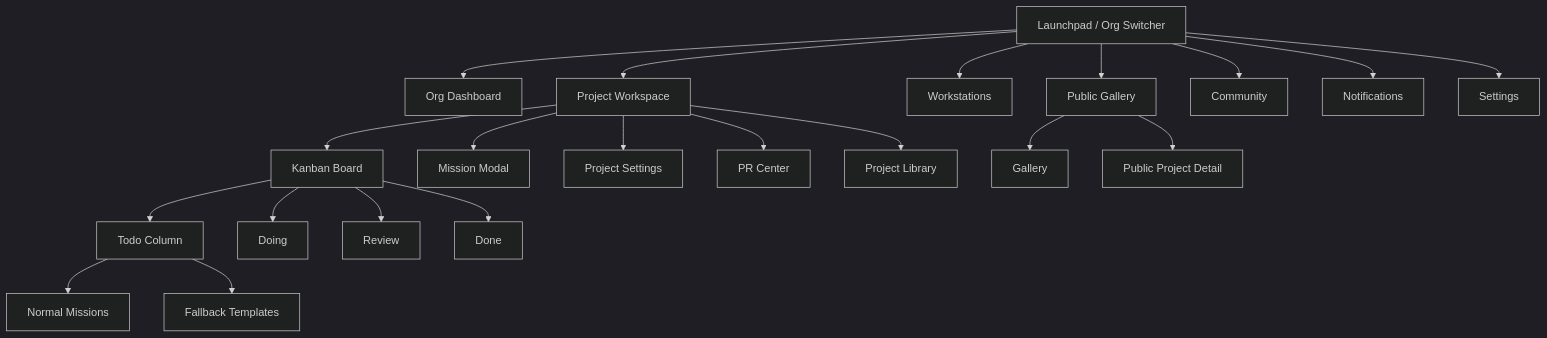
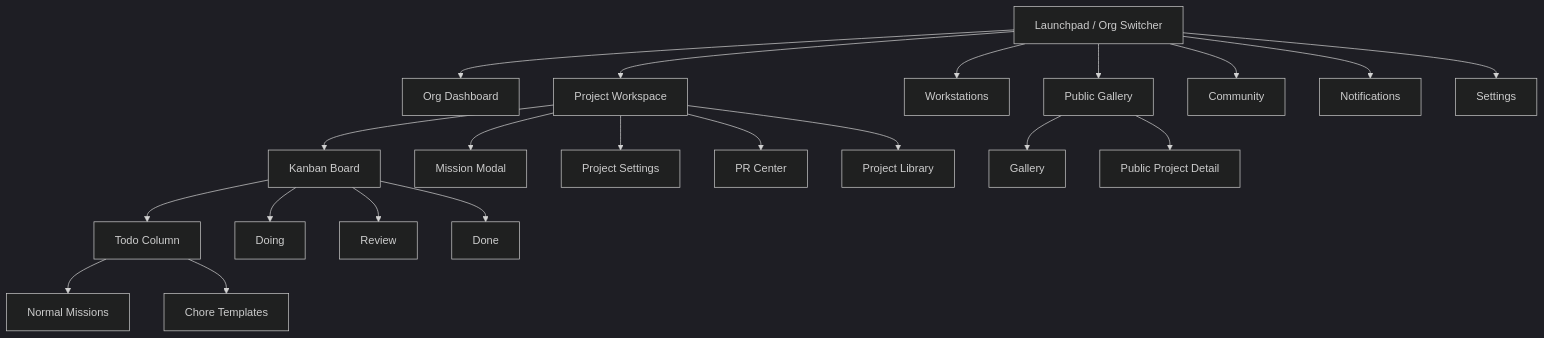
One commit to ivawzh/v0-bun-hono-tanstack-router changed the diagram in .solo/designs/20-gui/web.md. Above: the diagram before and after it, drawn with Mermaid (dark theme). The commit also changed other lines of this file and 5 other files, not shown here.

````diff
--- a/.solo/designs/20-gui/web.md
+++ b/.solo/designs/20-gui/web.md
@@ -13,27 +13,27 @@
 ```mermaid
 graph TD
   L[Launchpad / Org Switcher]
   L --> OD[Org Dashboard]
   L --> PW[Project Workspace]
   L --> WK[Workstations]
   L --> PG[Public Gallery]
   L --> CM[Community]
   L --> NO[Notifications]
   L --> ST[Settings]
 
   PW --> KB[Kanban Board]
   KB --> KB1[Todo Column]
   KB1 --> KB1a[Normal Missions]
-  KB1 --> KB1b[Fallback Templates]
+  KB1 --> KB1b[Chore Templates]
   KB --> KB2[Doing]
   KB --> KB3[Review]
   KB --> KB4[Done]
 
   PW --> MM[Mission Modal]
   PW --> PS[Project Settings]
   PW --> PR[PR Center]
   PW --> PL[Project Library]
 
   PG --> PG1[Gallery]
   PG --> PG2[Public Project Detail]
 ```
````
